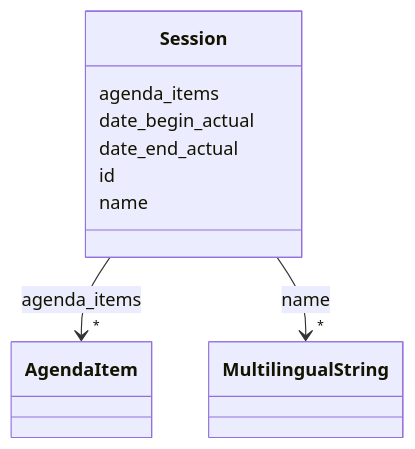
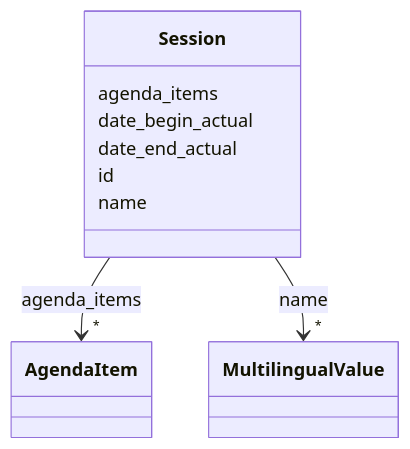
Before and after one commit to swiss/political-affairs-ech-group: the diagram in tutorial/output/docs/Session.md, drawn with Mermaid. The commit also changed other lines of this file and 89 other files, not shown here.

````diff
--- a/tutorial/output/docs/Session.md
+++ b/tutorial/output/docs/Session.md
@@ -13,34 +18,34 @@
 ```mermaid
  classDiagram
     class Session
     click Session href "../Session/"
       Session : agenda_items
         
           
     
         
         
         Session --> "*" AgendaItem : agenda_items
         click AgendaItem href "../AgendaItem/"
     
 
         
       Session : date_begin_actual
         
       Session : date_end_actual
         
       Session : id
         
       Session : name
         
           
     
         
         
-        Session --> "*" MultilingualString : name
-        click MultilingualString href "../MultilingualString/"
+        Session --> "*" MultilingualValue : name
+        click MultilingualValue href "../MultilingualValue/"
     
 
         
       
 ```
````
